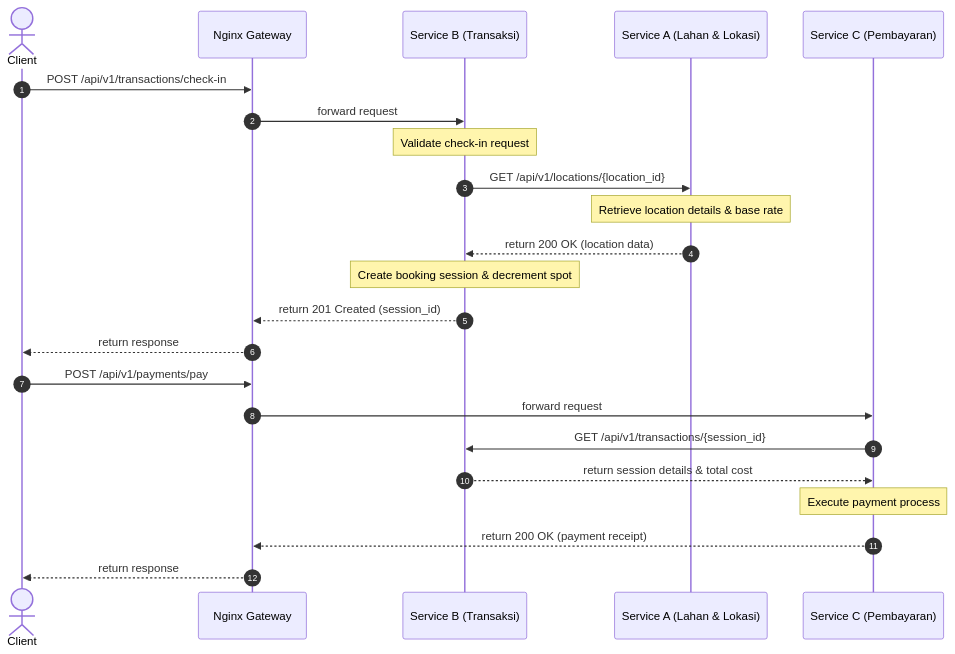
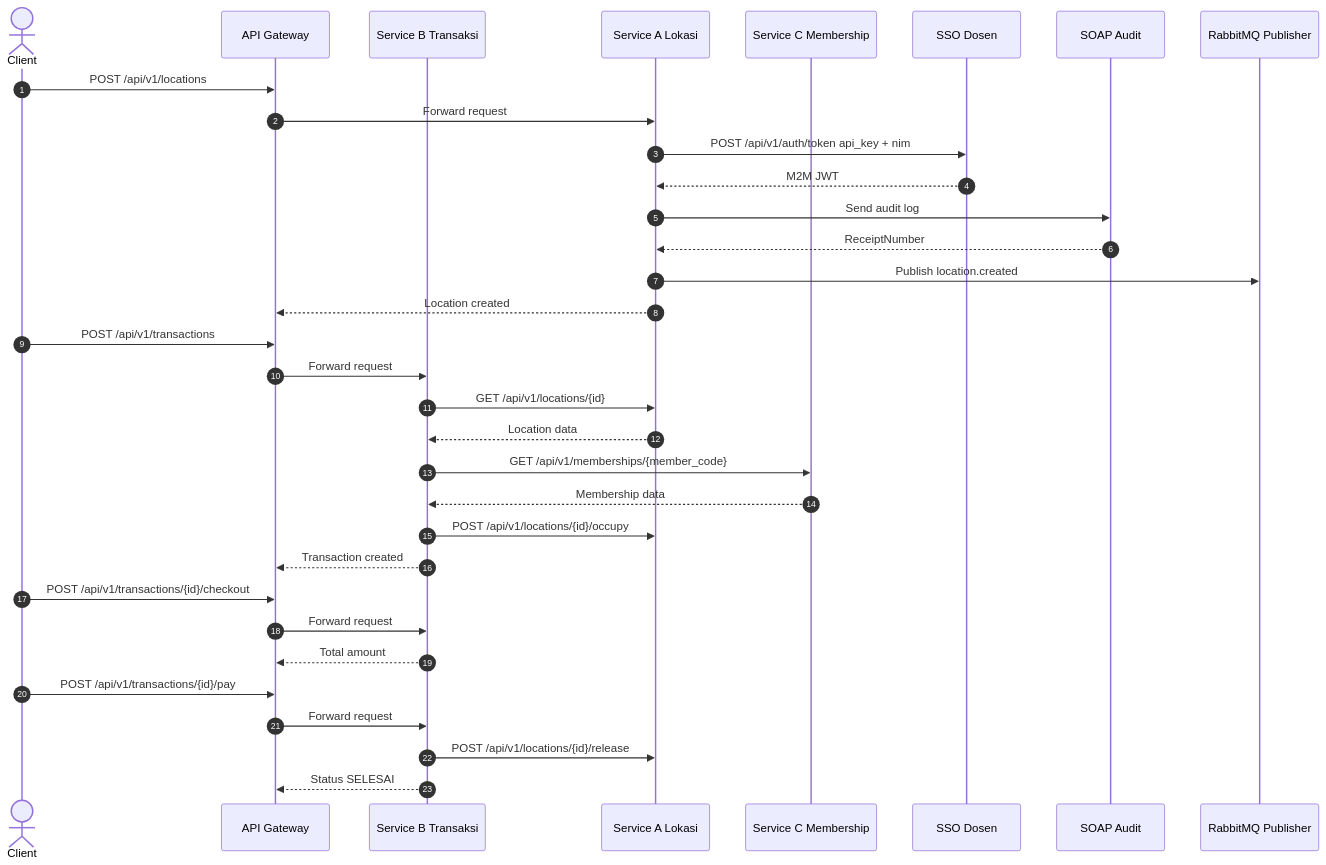
Before and after one commit to IAE-2026/Tubes-IAE-Kelompok-6: the diagram in docs/member-services.md, drawn with Mermaid. The commit also changed other lines of this file and 3 other files, not shown here.

````diff
--- a/docs/member-services.md
+++ b/docs/member-services.md
@@ -49,29 +103,39 @@
-```mermaid
+~~~mermaid
 sequenceDiagram
     autonumber
     actor Client
-    participant Gateway as Nginx Gateway
-    participant ServB as Service B (Transaksi)
-    participant ServA as Service A (Lahan & Lokasi)
-    participant ServC as Service C (Pembayaran)
+    participant Gateway as API Gateway
+    participant B as Service B Transaksi
+    participant A as Service A Lokasi
+    participant C as Service C Membership
+    participant SSO as SSO Dosen
+    participant SOAP as SOAP Audit
+    participant MQ as RabbitMQ Publisher
 
-    Client->>Gateway: POST /api/v1/transactions/check-in
-    Gateway->>ServB: forward request
-    Note over ServB: Validate check-in request
-    
-    ServB->>ServA: GET /api/v1/locations/{location_id}
-    Note over ServA: Retrieve location details & base rate
-    ServA-->>ServB: return 200 OK (location data)
-    
-    Note over ServB: Create booking session & decrement spot
-    ServB-->>Gateway: return 201 Created (session_id)
-    Gateway-->>Client: return response
+    Client->>Gateway: POST /api/v1/locations
+    Gateway->>A: Forward request
+    A->>SSO: POST /api/v1/auth/token api_key + nim
+    SSO-->>A: M2M JWT
+    A->>SOAP: Send audit log
+    SOAP-->>A: ReceiptNumber
+    A->>MQ: Publish location.created
+    A-->>Gateway: Location created
 
-    Client->>Gateway: POST /api/v1/payments/pay
-    Gateway->>ServC: forward request
-    ServC->>ServB: GET /api/v1/transactions/{session_id}
-    ServB-->>ServC: return session details & total cost
-    Note over ServC: Execute payment process
-    ServC-->>Gateway: return 200 OK (payment receipt)
-    Gateway-->>Client: return response
-```
+    Client->>Gateway: POST /api/v1/transactions
+    Gateway->>B: Forward request
+    B->>A: GET /api/v1/locations/{id}
+    A-->>B: Location data
+    B->>C: GET /api/v1/memberships/{member_code}
+    C-->>B: Membership data
+    B->>A: POST /api/v1/locations/{id}/occupy
+    B-->>Gateway: Transaction created
+
+    Client->>Gateway: POST /api/v1/transactions/{id}/checkout
+    Gateway->>B: Forward request
+    B-->>Gateway: Total amount
+
+    Client->>Gateway: POST /api/v1/transactions/{id}/pay
+    Gateway->>B: Forward request
+    B->>A: POST /api/v1/locations/{id}/release
+    B-->>Gateway: Status SELESAI
+~~~
````
